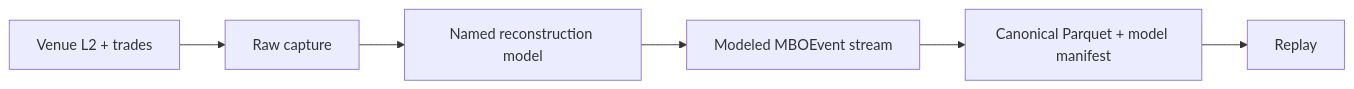
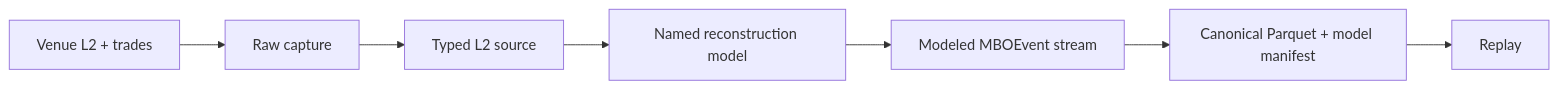
The third of 6 diagrams in docs/architecture.md (tradingexpert/ordersim), drawn with Mermaid before and after one commit. The commit also changed other lines of this file and 10 other files, not shown here.

Commit message:
Add typed Binance L2 capture source (#59)

````diff
--- a/docs/architecture.md
+++ b/docs/architecture.md
@@ -68,11 +68,12 @@
 ```mermaid
 flowchart LR
     venue["Venue L2 + trades"]
     capture["Raw capture"]
+    source["Typed L2 source"]
     model["Named reconstruction model"]
     modeled["Modeled MBOEvent stream"]
     parquet["Canonical Parquet + model manifest"]
     replay["Replay"]
 
-    venue --> capture --> model --> modeled --> parquet --> replay
+    venue --> capture --> source --> model --> modeled --> parquet --> replay
 ```
````
